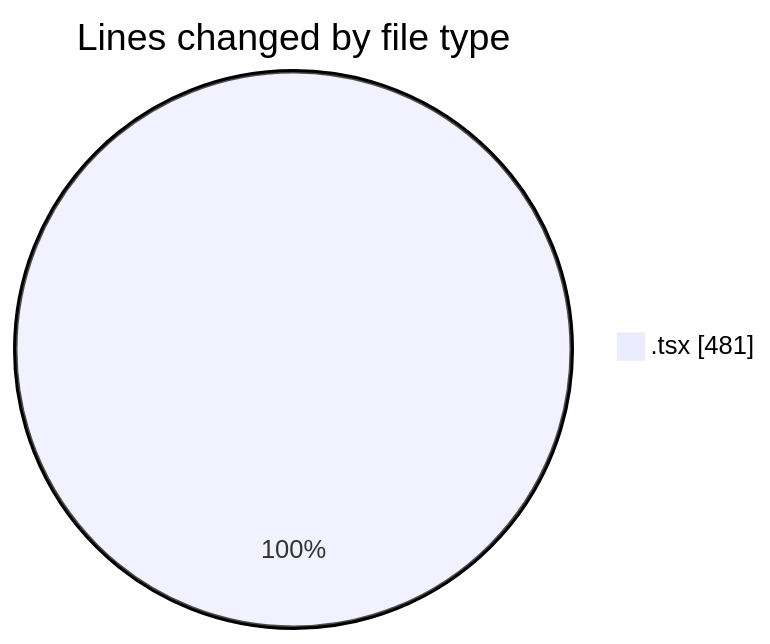
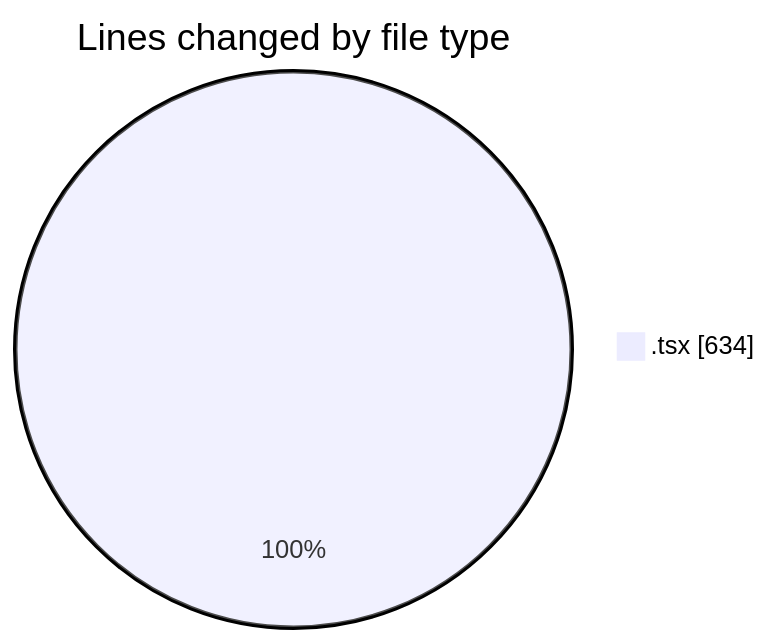
The first of 2 diagrams in 2025-11-26/cda/README.md (momahboobian/code-tracking), drawn with Mermaid before and after one commit. The commit also changed other lines of this file and 1 other file, not shown here.

````diff
--- a/2025-11-26/cda/README.md
+++ b/2025-11-26/cda/README.md
@@ -20,5 +20,5 @@
 ```mermaid
 pie showData
 title Lines changed by file type
-".tsx" : 481
+".tsx" : 634
 ```
````
